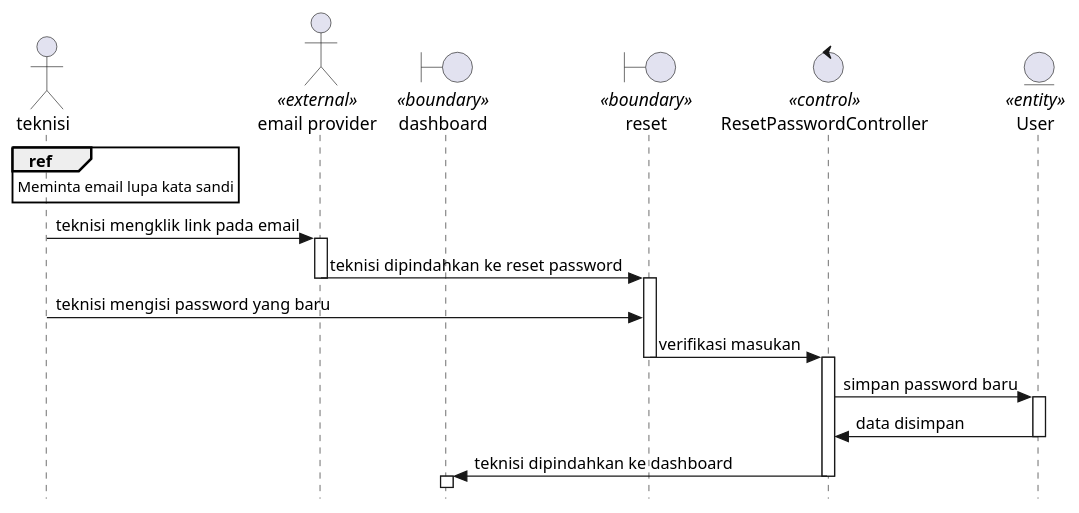
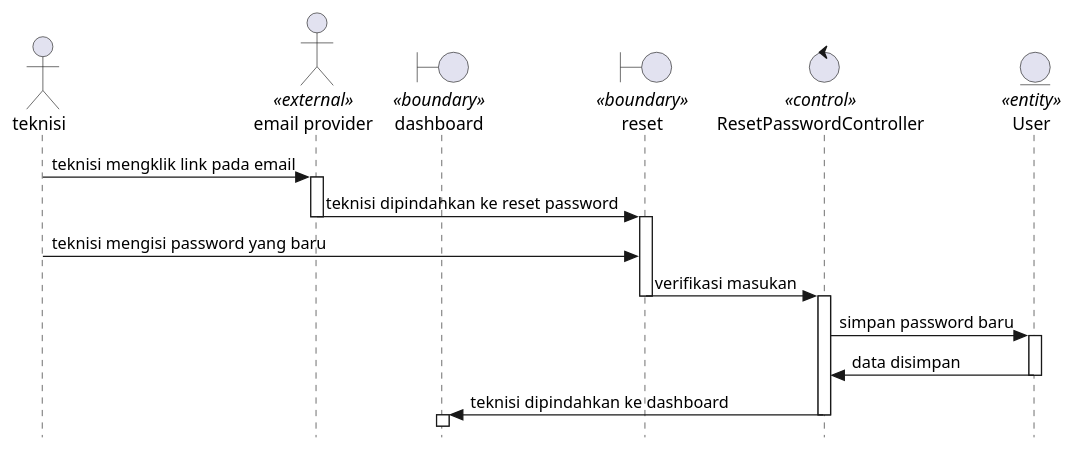
One commit to KPL-slur/eec-sifse-fixed changed the second of 2 diagrams in Docs/diagrams/sequence/forget.plantuml. Above: the diagram before and after it, drawn with PlantUML. The commit also changed 19 other files, not shown here.

```diff
--- a/Docs/diagrams/sequence/forget.plantuml
+++ b/Docs/diagrams/sequence/forget.plantuml
@@ -20,32 +20,30 @@
 @startuml doReset
 
 skinparam style strictuml
 
 actor teknisi
 actor "email provider" as email <<external>>
 boundary dashboard <<boundary>>
 boundary reset <<boundary>>
 control ResetPasswordController <<control>>
 entity User <<entity>>
-
-ref over teknisi : Meminta email lupa kata sandi 
 
 teknisi -> email : teknisi mengklik link pada email
     activate email
 email -> reset : teknisi dipindahkan ke reset password
     deactivate email
     activate reset
 
 teknisi -> reset : teknisi mengisi password yang baru
 reset -> ResetPasswordController : verifikasi masukan
     deactivate reset
     activate ResetPasswordController
 ResetPasswordController -> User : simpan password baru
     activate User
 User -> ResetPasswordController : data disimpan
     deactivate User
 ResetPasswordController -> dashboard : teknisi dipindahkan ke dashboard
     deactivate ResetPasswordController
     activate dashboard
 
 @enduml
```
